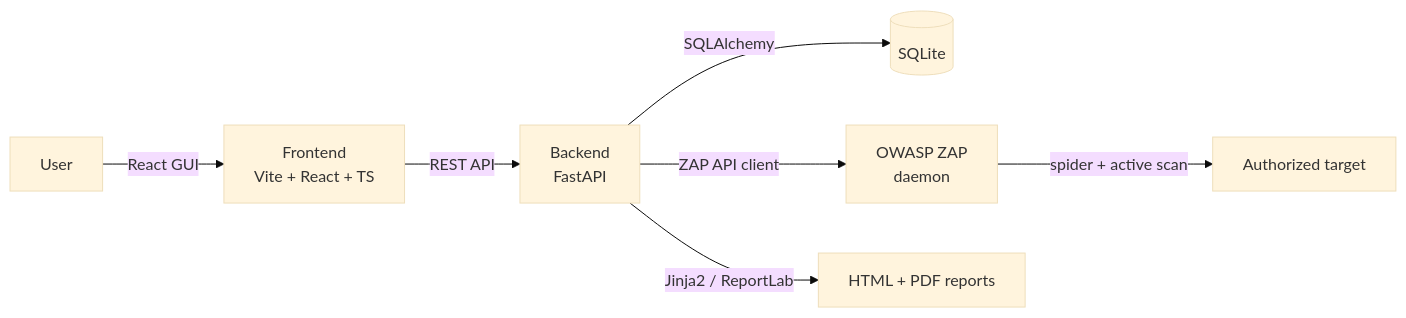
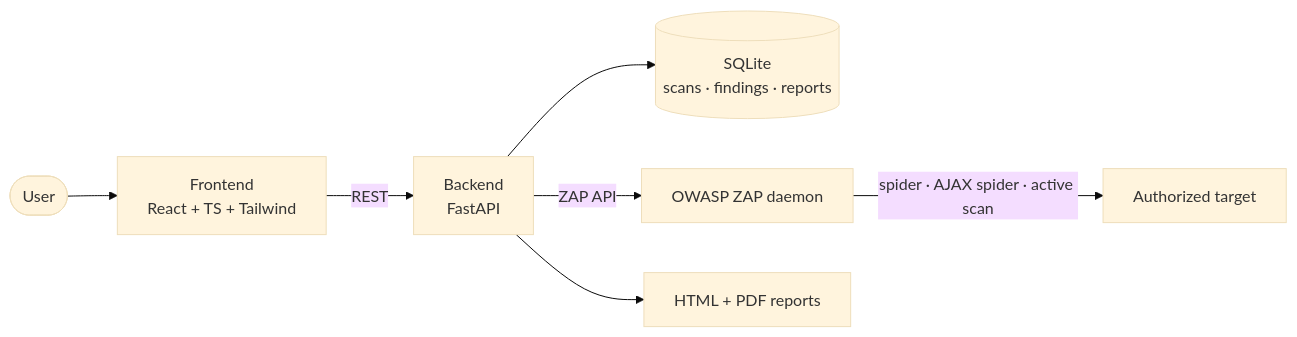
Before and after one commit to Nameky21/sentinel-scan: the diagram in README.md, drawn with Mermaid (base theme). The commit also changed other lines of this file and 8 other files, not shown here.

First line of the commit message:
test: cover severity mapping, remediation KB, reports, and API guards

````diff
--- a/README.md
+++ b/README.md
@@ -17,9 +28,9 @@
 ```mermaid
 flowchart LR
-    User -->|React GUI| Frontend[Frontend\nVite + React + TS]
-    Frontend -->|REST API| Backend[Backend\nFastAPI]
-    Backend -->|SQLAlchemy| DB[(SQLite)]
-    Backend -->|ZAP API client| ZAP[OWASP ZAP\ndaemon]
-    ZAP -->|spider + active scan| Target[Authorized target]
-    Backend -->|Jinja2 / ReportLab| Reports[HTML + PDF reports]
+    U([User]) --> FE["Frontend<br/>React + TS + Tailwind"]
+    FE -->|REST| BE["Backend<br/>FastAPI"]
+    BE --> DB[("SQLite<br/>scans · findings · reports")]
+    BE -->|ZAP API| ZAP["OWASP ZAP daemon"]
+    ZAP -->|spider · AJAX spider · active scan| T["Authorized target"]
+    BE --> R["HTML + PDF reports"]
 ```
````
